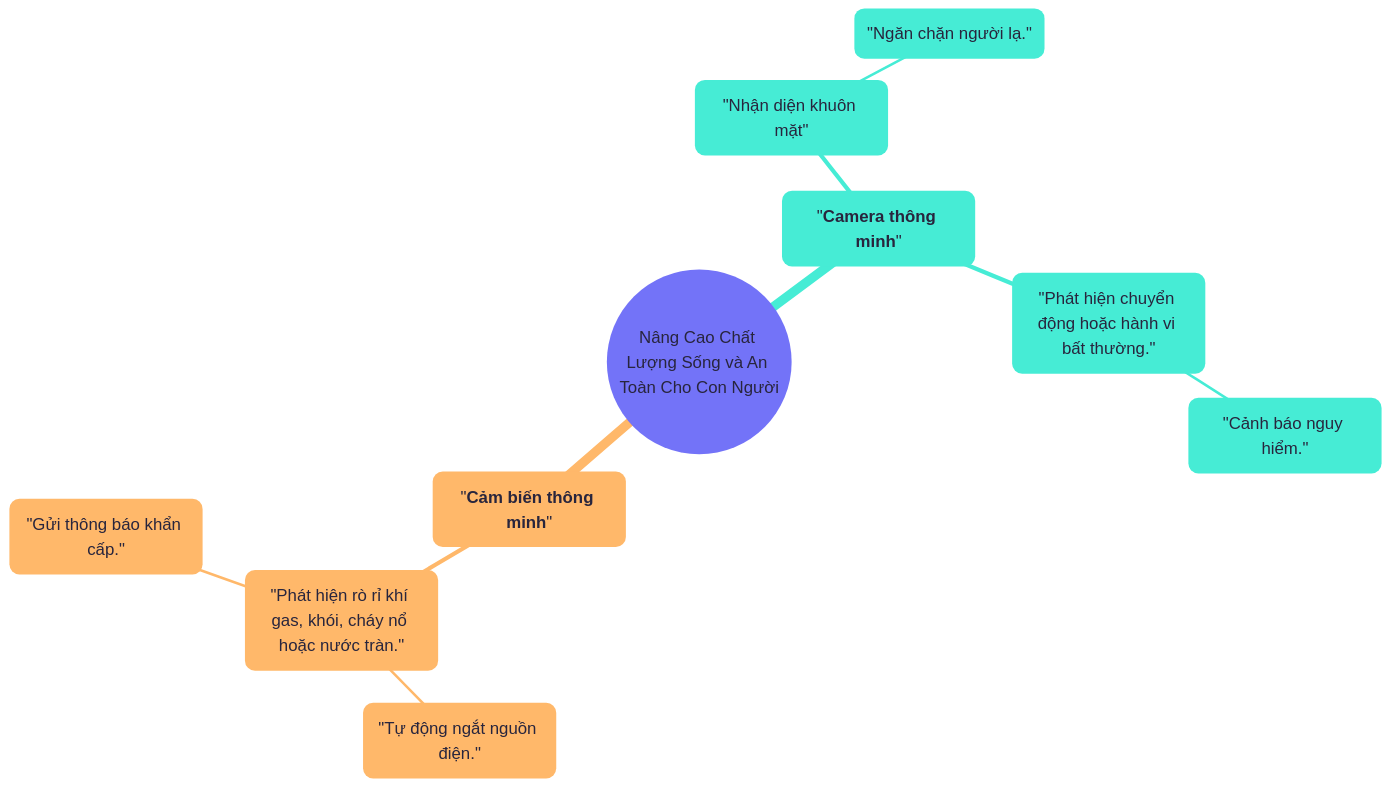
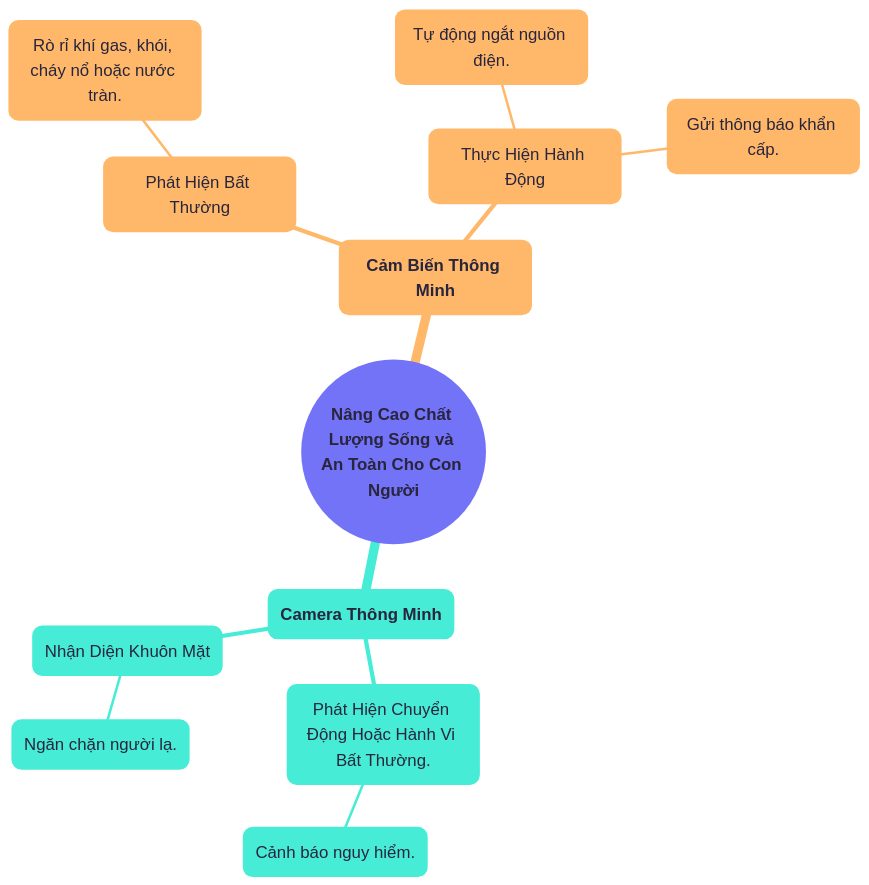
One commit to sam-uit/typst-report-template changed the diagram in content/diagrams/chapter02-nang-cao-chat-luong-song-va-an-toan-cho.mmd. Above: the diagram before and after it, drawn with Mermaid.

```diff
--- a/content/diagrams/chapter02-nang-cao-chat-luong-song-va-an-toan-cho.mmd
+++ b/content/diagrams/chapter02-nang-cao-chat-luong-song-va-an-toan-cho.mmd
@@ -1,18 +1,20 @@
 ---
 config:
   theme: redux-color
   themeVariables:
     fontFamily: Google Sans
     fontSize: 20px
 ---
 mindmap
-  root(("Nâng Cao Chất Lượng Sống và An Toàn Cho Con Người"))
-    "**Camera thông minh**"
-        "Nhận diện khuôn mặt"
-            "Ngăn chặn người lạ."
-        "Phát hiện chuyển động hoặc hành vi bất thường."
-            "Cảnh báo nguy hiểm."
-    "**Cảm biến thông minh**"
-        "Phát hiện rò rỉ khí gas, khói, cháy nổ hoặc nước tràn."
-            "Tự động ngắt nguồn điện."
-            "Gửi thông báo khẩn cấp."
+((**Nâng Cao Chất Lượng Sống và <br>An Toàn Cho Con Người**))
+  (**Camera Thông Minh**)
+    (Nhận Diện Khuôn Mặt)
+      Ngăn chặn người lạ.
+    (Phát Hiện Chuyển Động Hoặc Hành Vi Bất Thường.)
+      Cảnh báo nguy hiểm.
+  (**Cảm Biến Thông Minh**)
+    (Phát Hiện Bất Thường)
+      Rò rỉ khí gas, khói, cháy nổ hoặc nước tràn.
+    (Thực Hiện Hành Động)
+      Tự động ngắt nguồn điện.
+      Gửi thông báo khẩn cấp.
```
